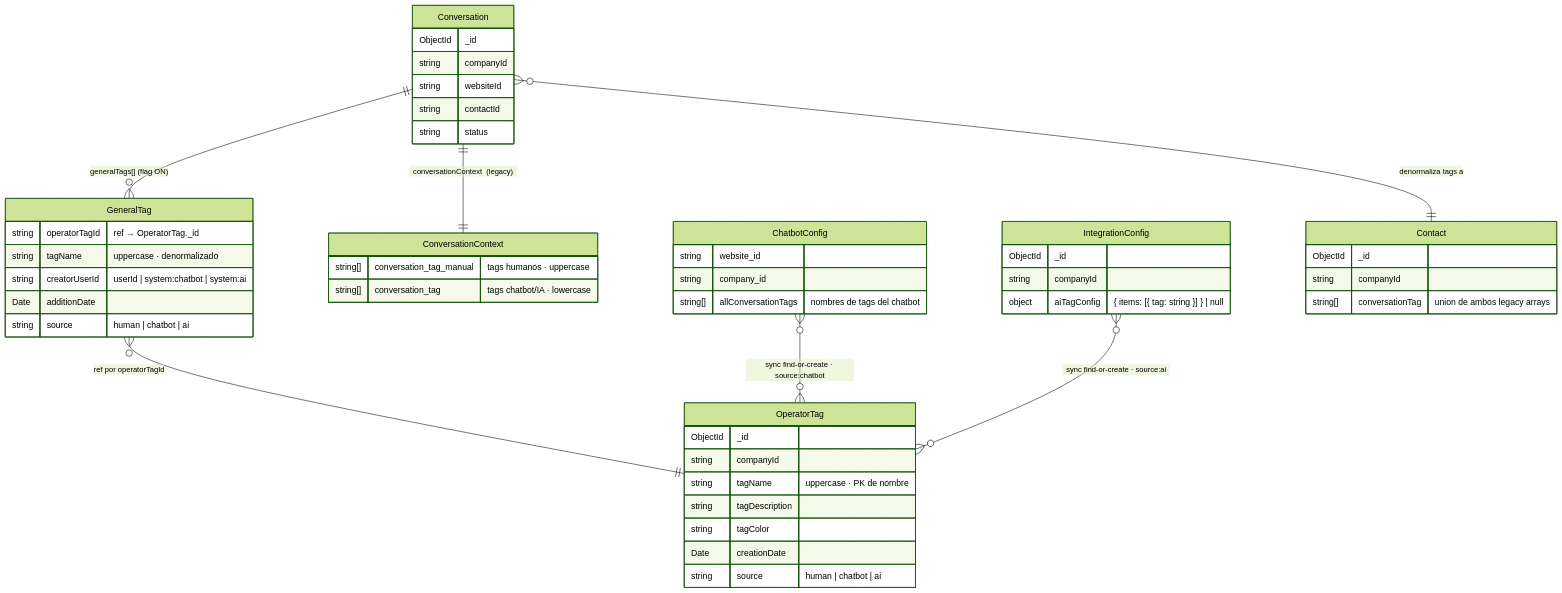
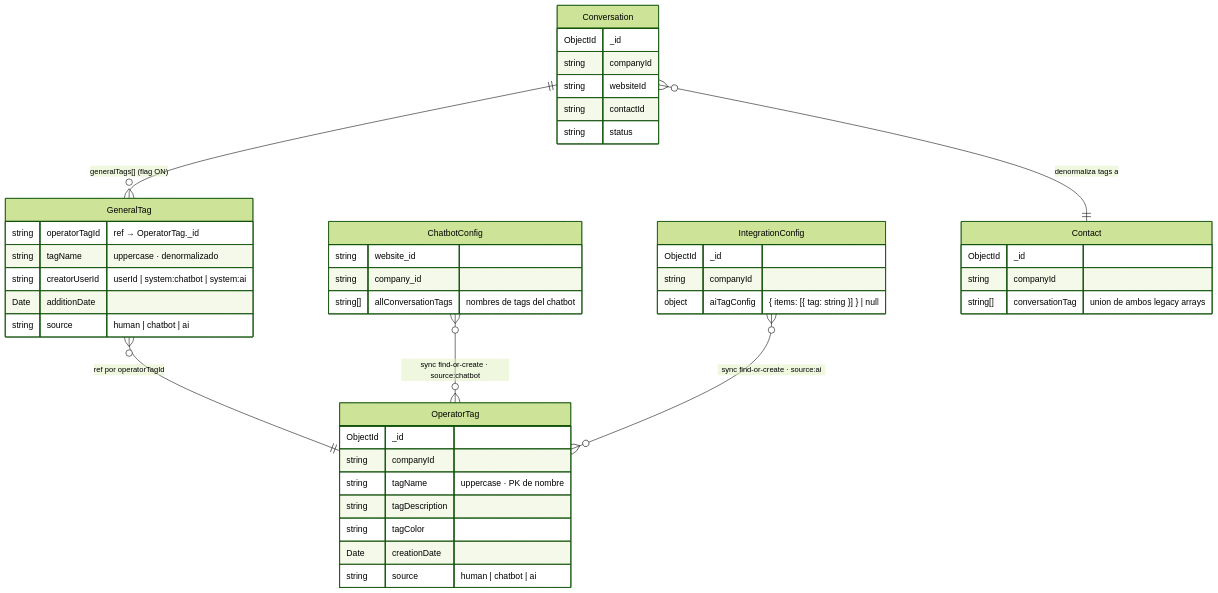
Before and after one commit to JandreColoj/ProyectJSP_Farmacia: the first of 3 diagrams in README.md, drawn with Mermaid (forest theme). The commit also changed other lines of this file, not shown here.

````diff
--- a/README.md
+++ b/README.md
@@ -10,59 +10,53 @@
 ```mermaid
 erDiagram
 
   OperatorTag {
     ObjectId  _id
     string    companyId
     string    tagName        "uppercase · PK de nombre"
     string    tagDescription
     string    tagColor
     Date      creationDate
     string    source         "human | chatbot | ai"
   }
 
   Conversation {
     ObjectId  _id
     string    companyId
     string    websiteId
     string    contactId
     string    status
   }
 
   GeneralTag {
     string  operatorTagId  "ref → OperatorTag._id"
     string  tagName        "uppercase · denormalizado"
     string  creatorUserId  "userId | system:chatbot | system:ai"
     Date    additionDate
     string  source         "human | chatbot | ai"
   }
 
-  ConversationContext {
-    string[]  conversation_tag_manual  "tags humanos · uppercase"
-    string[]  conversation_tag         "tags chatbot/IA · lowercase"
-  }
-
   ChatbotConfig {
     string    website_id
     string    company_id
     string[]  allConversationTags  "nombres de tags del chatbot"
   }
 
   IntegrationConfig {
     ObjectId  _id
     string    companyId
     object    aiTagConfig          "{ items: [{ tag: string }] } | null"
   }
 
   Contact {
     ObjectId  _id
     string    companyId
     string[]  conversationTag  "union de ambos legacy arrays"
   }
 
-  Conversation       ||--o{  GeneralTag          : "generalTags[]  (flag ON)"
-  Conversation       ||--||  ConversationContext  : "conversationContext  (legacy)"
-  GeneralTag         }o--||  OperatorTag          : "ref por operatorTagId"
+  Conversation       ||--o{  GeneralTag    : "generalTags[]  (flag ON)"
+  GeneralTag         }o--||  OperatorTag   : "ref por operatorTagId"
   ChatbotConfig      }o--o{  OperatorTag          : "sync find-or-create · source:chatbot"
   IntegrationConfig  }o--o{  OperatorTag          : "sync find-or-create · source:ai"
   Conversation       }o--||  Contact              : "denormaliza tags a"
 ```
````
